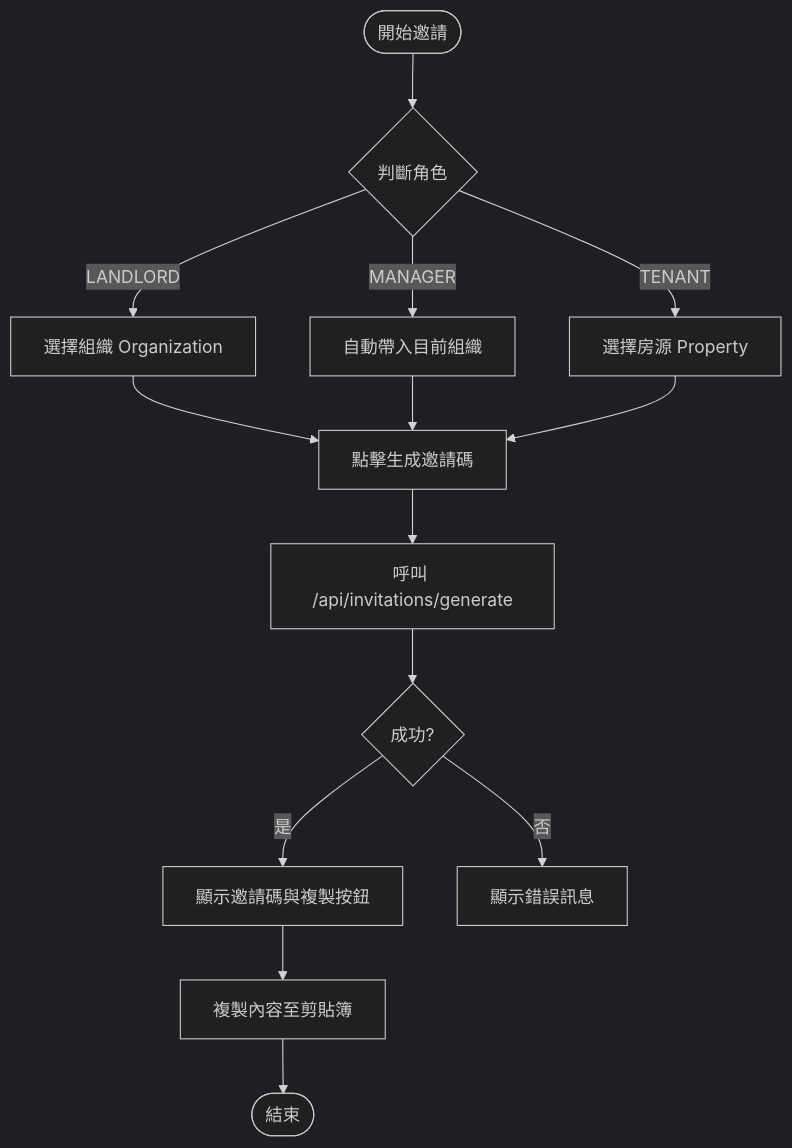
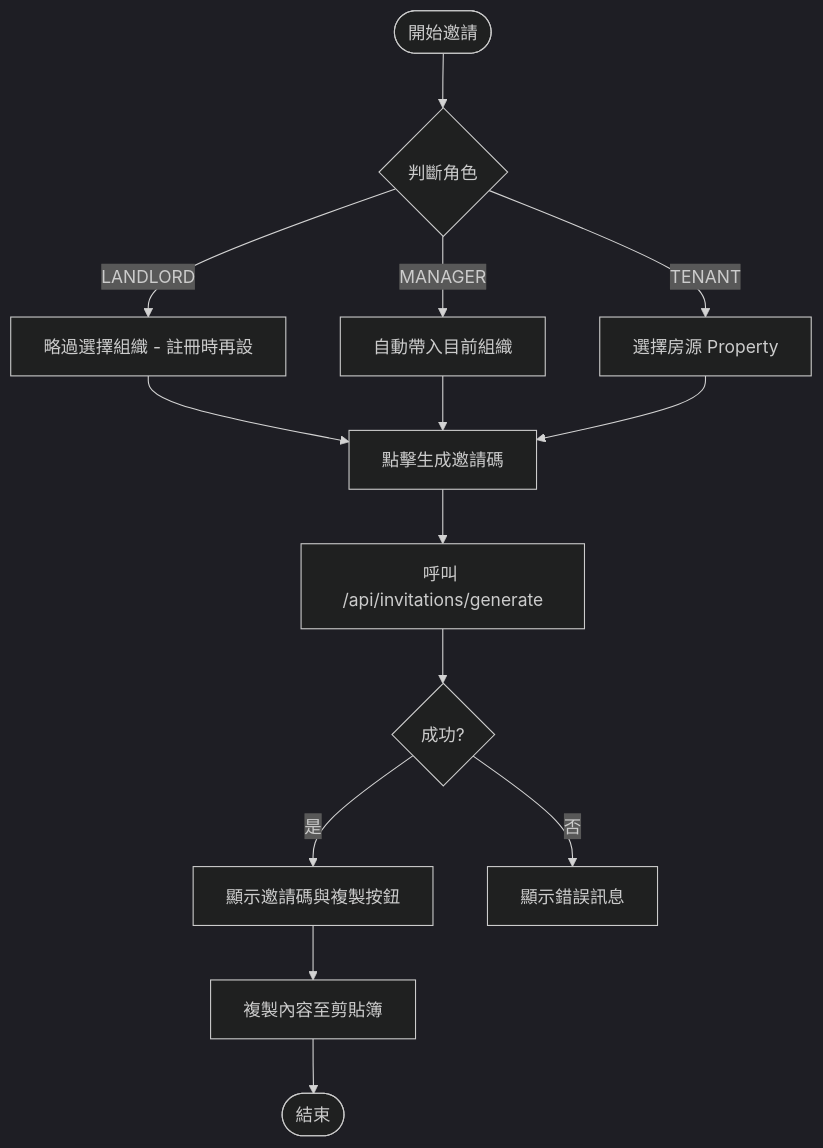
The second of 4 diagrams in spec.md (Hero935/PrimeStay), drawn with Mermaid (dark theme) before and after one commit. The commit also changed other lines of this file and 19 other files, not shown here.

````diff
--- a/spec.md
+++ b/spec.md
@@ -40,21 +40,21 @@
 ```mermaid
 flowchart TD
     Start([開始邀請]) --> RoleCheck{判斷角色}
     
-    RoleCheck -->|LANDLORD| SelectOrg[選擇組織 Organization]
+    RoleCheck -->|LANDLORD| SkipOrg[略過選擇組織 - 註冊時再設]
     RoleCheck -->|MANAGER| AutoOrg[自動帶入目前組織]
     RoleCheck -->|TENANT| SelectProp[選擇房源 Property]
     
-    SelectOrg --> Generate[點擊生成邀請碼]
+    SkipOrg --> Generate[點擊生成邀請碼]
     AutoOrg --> Generate
     SelectProp --> Generate
     
     Generate --> API[呼叫 /api/invitations/generate]
     API --> Success{成功?}
     
     Success -->|是| ShowCode[顯示邀請碼與複製按鈕]
     Success -->|否| ShowError[顯示錯誤訊息]
     
     ShowCode --> Copy[複製內容至剪貼簿]
     Copy --> End([結束])
 ```
````
